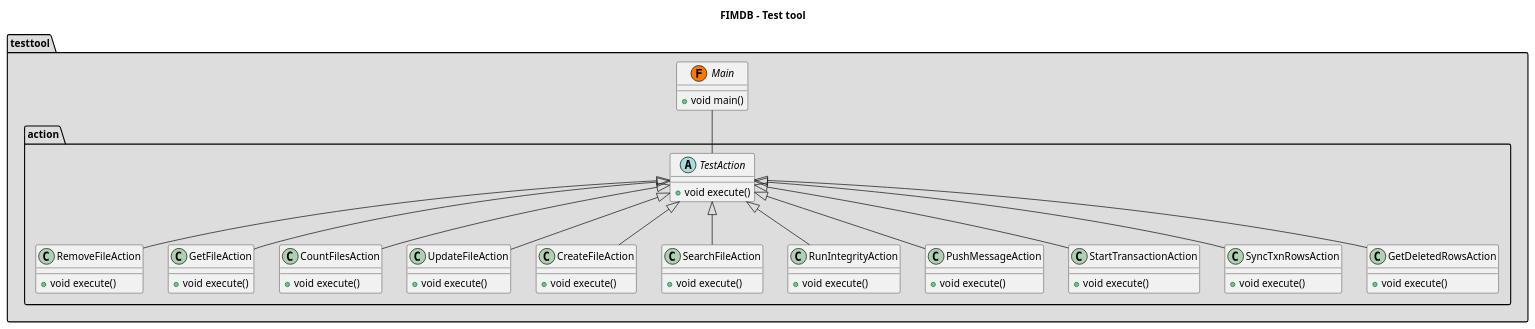
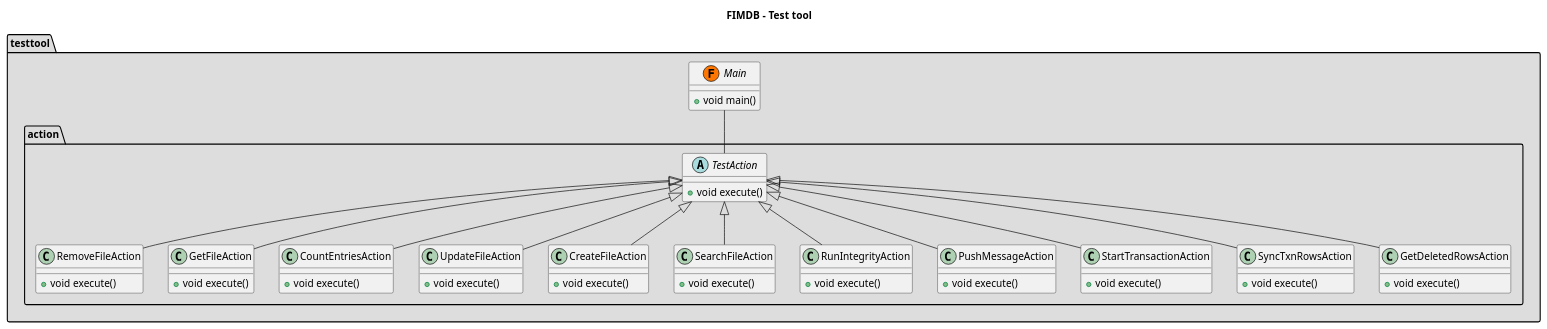
Before and after one commit to wazuh/wazuh: the diagram in architecture/FIM/db/001-class-testtool.puml, drawn with PlantUML. The commit also changed 5 other files, not shown here.

```diff
--- a/architecture/FIM/db/001-class-testtool.puml
+++ b/architecture/FIM/db/001-class-testtool.puml
@@ -5,59 +5,59 @@
 @startuml
 title FIMDB - Test tool
 package "testtool" <<folder>> #DDDDDD {
     package "action" <<Folder>> {
         abstract TestAction {
             +void execute()
         }
         class "RemoveFileAction" {
             +void execute()
         }
         class "GetFileAction" {
             +void execute()
         }
-        class "CountFilesAction" {
+        class "CountEntriesAction" {
             +void execute()
         }
         class "UpdateFileAction" {
             +void execute()
         }
         class "CreateFileAction" {
             +void execute()
         }
         class "SearchFileAction" {
             +void execute()
         }
         class "RunIntegrityAction" {
             +void execute()
         }
         class "PushMessageAction" {
             +void execute()
         }
         class "StartTransactionAction" {
             +void execute()
         }
         class "SyncTxnRowsAction" {
             +void execute()
         }
         class "GetDeletedRowsAction" {
             +void execute()
         }
     }
     interface "Main" <<(F,#FF7700)>> {
         +void main()
     }
 }
 
 TestAction <|-- RemoveFileAction
 TestAction <|-- GetFileAction
-TestAction <|-- CountFilesAction
+TestAction <|-- CountEntriesAction
 TestAction <|-- UpdateFileAction
 TestAction <|-- CreateFileAction
 TestAction <|-- SearchFileAction
 TestAction <|-- RunIntegrityAction
 TestAction <|-- PushMessageAction
 TestAction <|-- StartTransactionAction
 TestAction <|-- SyncTxnRowsAction
 TestAction <|-- GetDeletedRowsAction
 Main -- TestAction
 @enduml
```
